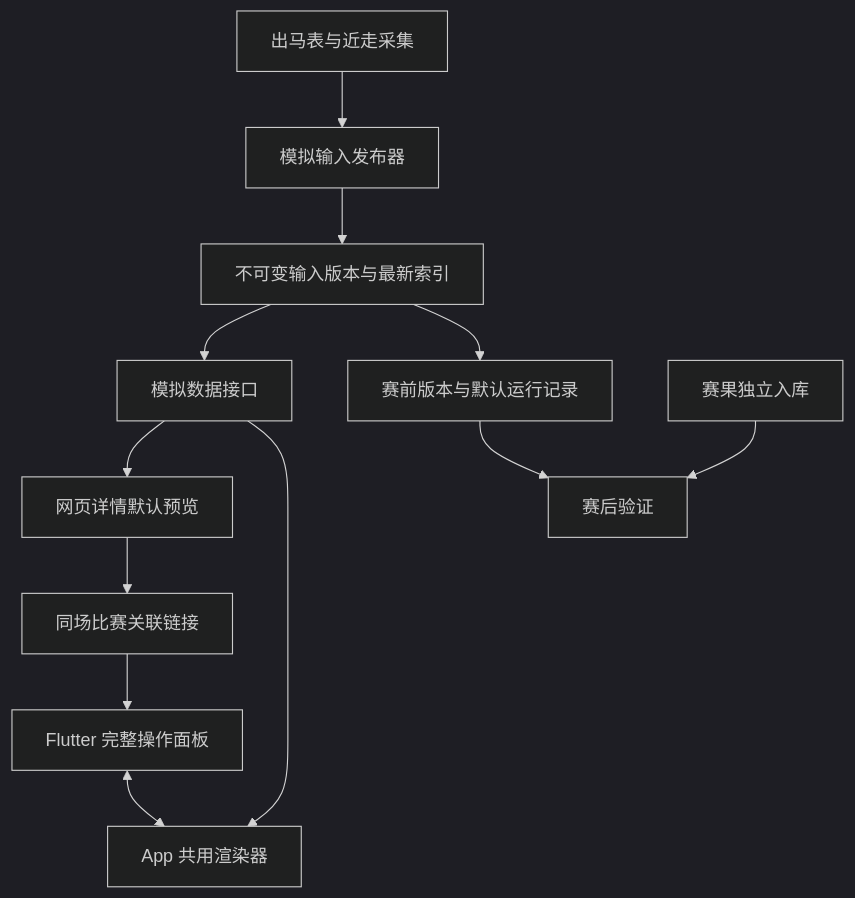
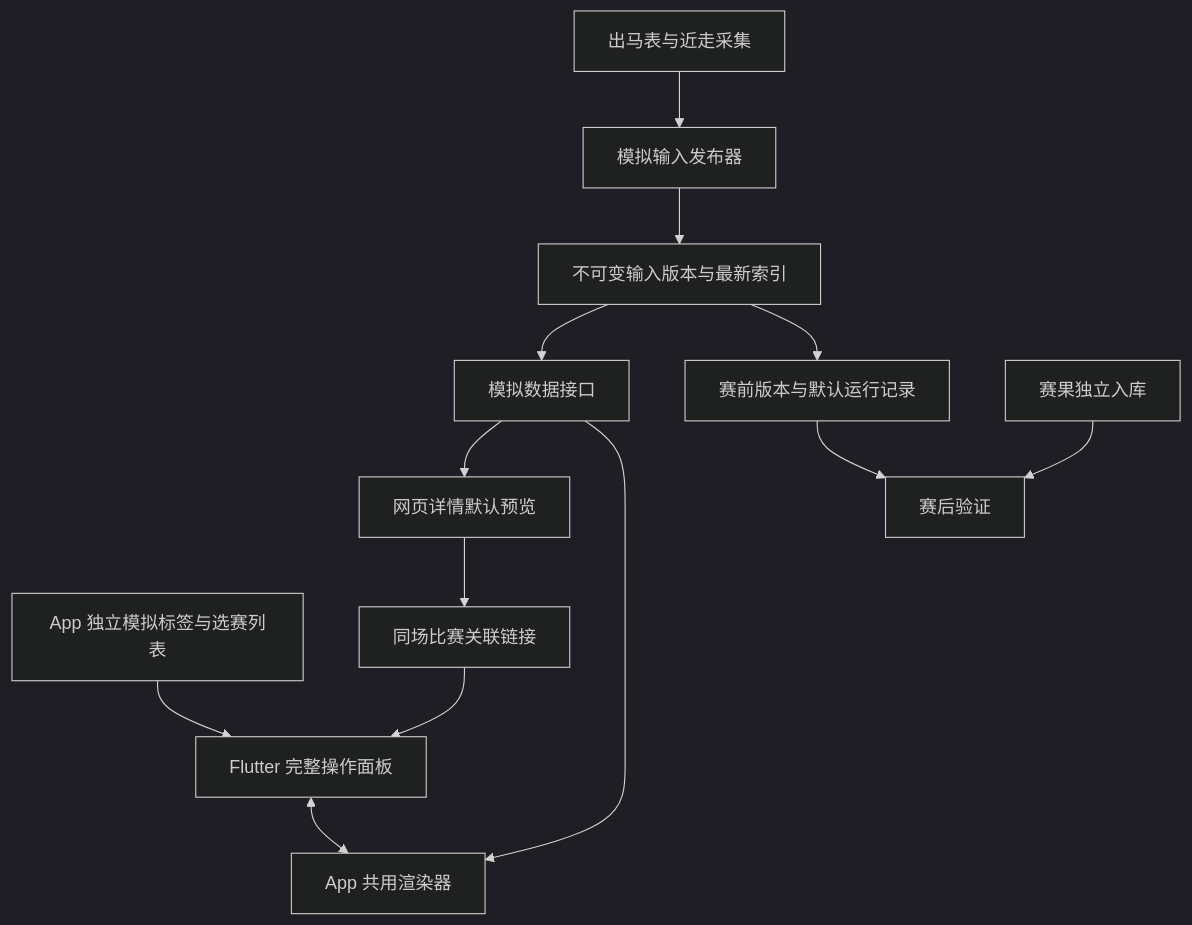
One commit to IkarosuTsubasa/keiba-predictor changed the diagram in docs/race_simulator_web_app_plan.md. Above: the diagram before and after it, drawn with Mermaid (dark theme). The commit also changed other lines of this file, not shown here.

````diff
--- a/docs/race_simulator_web_app_plan.md
+++ b/docs/race_simulator_web_app_plan.md
@@ -68,14 +96,15 @@
 ```mermaid
 flowchart TD
   A[出马表与近走采集] --> B[模拟输入发布器]
   B --> C[不可变输入版本与最新索引]
   C --> D[模拟数据接口]
   D --> E[网页详情默认预览]
   D --> F[App 共用渲染器]
-  G[Flutter 完整操作面板] <--> F
+  L[App 独立模拟标签与选赛列表] --> G[Flutter 完整操作面板]
+  G <--> F
   E --> H[同场比赛关联链接]
   H --> G
   C --> I[赛前版本与默认运行记录]
   J[赛果独立入库] --> K[赛后验证]
   I --> K
 ```
````
